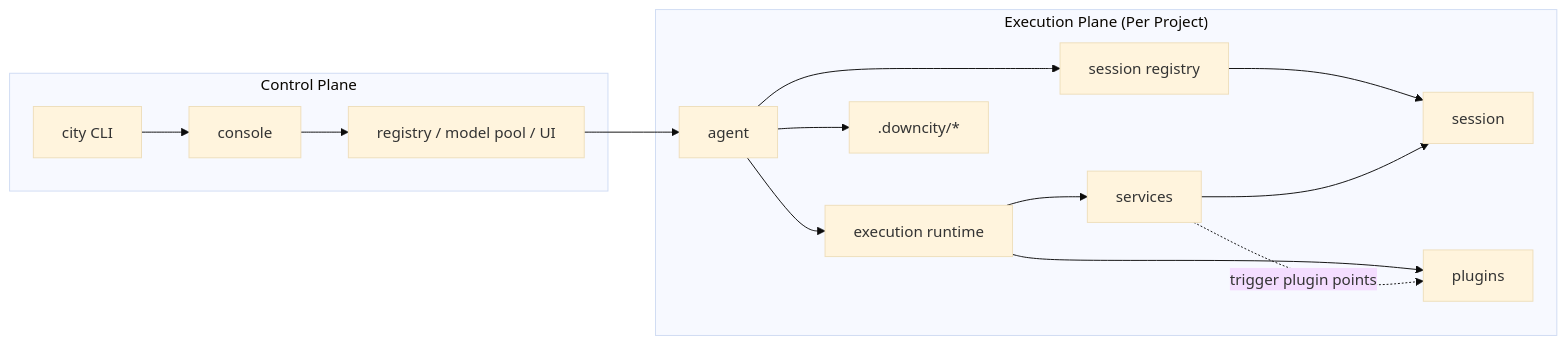
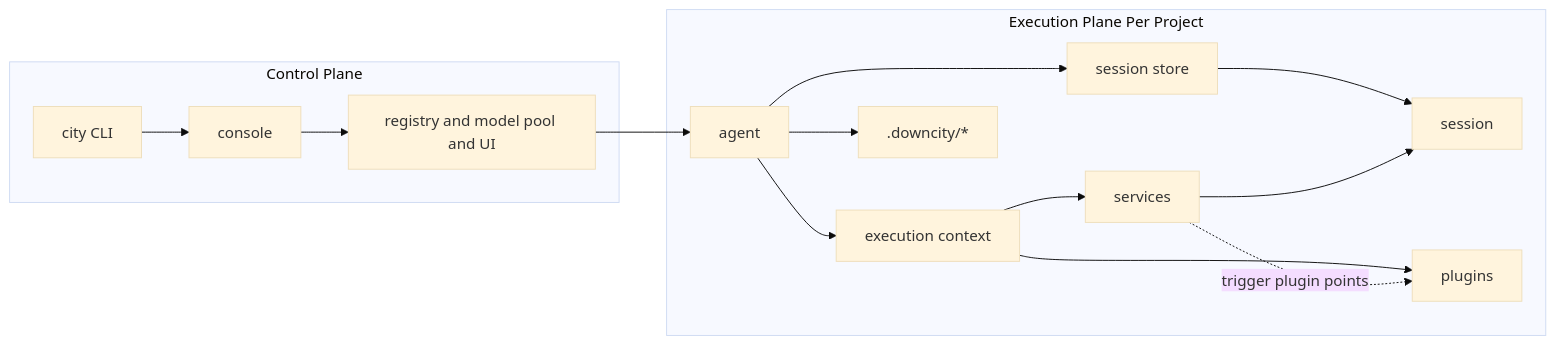
Before and after one commit to wangenius/downcity: the first of 2 diagrams in homepage/content/docs/en/concepts/logic-map.mdx, drawn with Mermaid (base theme). The commit also changed other lines of this file and 96 other files, not shown here.

````diff
--- a/homepage/content/docs/en/concepts/logic-map.mdx
+++ b/homepage/content/docs/en/concepts/logic-map.mdx
@@ -23,20 +23,20 @@
 ```mermaid
 flowchart LR
   subgraph CP["Control Plane"]
     CLI["city CLI"] --> CONSOLE["console"]
-    CONSOLE --> REG["registry / model pool / UI"]
+    CONSOLE --> REG["registry and model pool and UI"]
   end
 
-  subgraph DP["Execution Plane (Per Project)"]
-    AGENT["agent"] --> ER["execution runtime"]
-    AGENT --> SR["session registry"]
+  subgraph DP["Execution Plane Per Project"]
+    AGENT["agent"] --> EC["execution context"]
+    AGENT --> SR["session store"]
     SR --> SESSION["session"]
-    ER --> SERVICES["services"]
-    ER --> PLUGINS["plugins"]
+    EC --> SERVICES["services"]
+    EC --> PLUGINS["plugins"]
     SERVICES --> SESSION
     SERVICES -. trigger plugin points .-> PLUGINS
-    AGENT --> SHIP[".downcity/*"]
+    AGENT --> DATA[".downcity/*"]
   end
 
   REG --> AGENT
 ```
````
